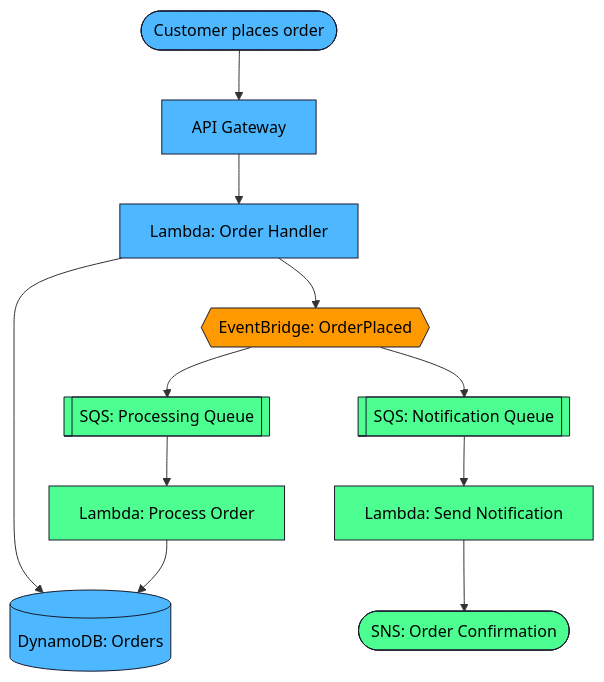
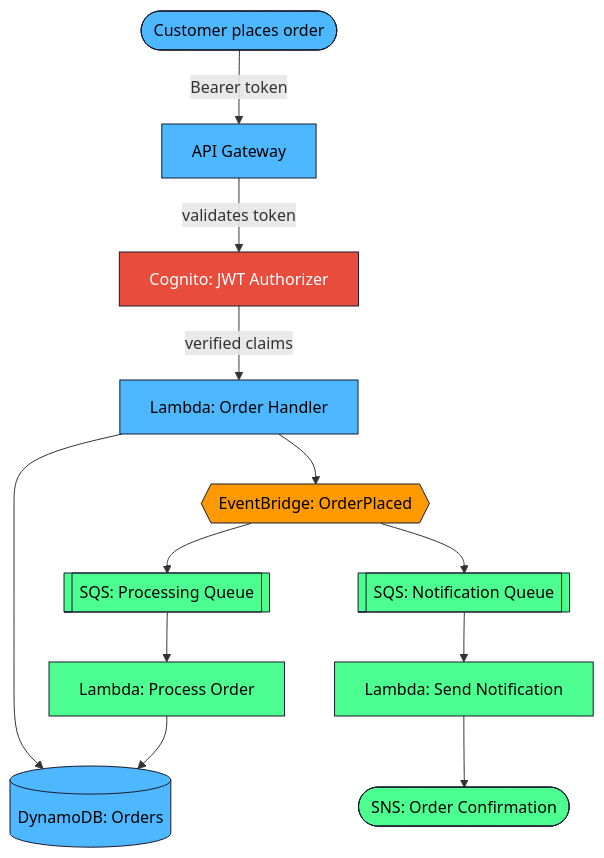
The diagram in README.md (SushmaShaikh/aws-eda-ecommerce-order-pipeline), drawn with Mermaid before and after one commit. The commit also changed other lines of this file and 1 other file, not shown here.

Commit message:
Add Cognito authentication docs and update Lambda to trust verified token claims

````diff
--- a/README.md
+++ b/README.md
@@ -16,29 +37,34 @@
 ```mermaid
 flowchart TD
     Customer([Customer places order])
+    Cognito[Cognito: JWT Authorizer]
     APIGW[API Gateway]
     Lambda1[Lambda: Order Handler]
     DDB[(DynamoDB: Orders)]
     EB{{EventBridge: OrderPlaced}}
 
-    Customer --> APIGW --> Lambda1
+    Customer -->|Bearer token| APIGW
+    APIGW -->|validates token| Cognito
+    Cognito -->|verified claims| Lambda1
     Lambda1 --> DDB
     Lambda1 --> EB
 
     EB --> SQS1[[SQS: Processing Queue]]
     EB --> SQS2[[SQS: Notification Queue]]
 
     SQS1 --> Lambda2[Lambda: Process Order]
     Lambda2 --> DDB
 
     SQS2 --> Lambda3[Lambda: Send Notification]
     Lambda3 --> SNS([SNS: Order Confirmation])
 
     classDef sync fill:#4db8ff,stroke:#1a1a2e,color:#000
     classDef event fill:#ff9900,stroke:#1a1a2e,color:#000
     classDef queue fill:#4dff91,stroke:#1a1a2e,color:#000
+    classDef security fill:#e74c3c,stroke:#1a1a2e,color:#fff
 
     class Customer,APIGW,Lambda1,DDB sync
     class EB event
     class SQS1,SQS2,Lambda2,Lambda3,SNS queue
+    class Cognito security
 ```
````
